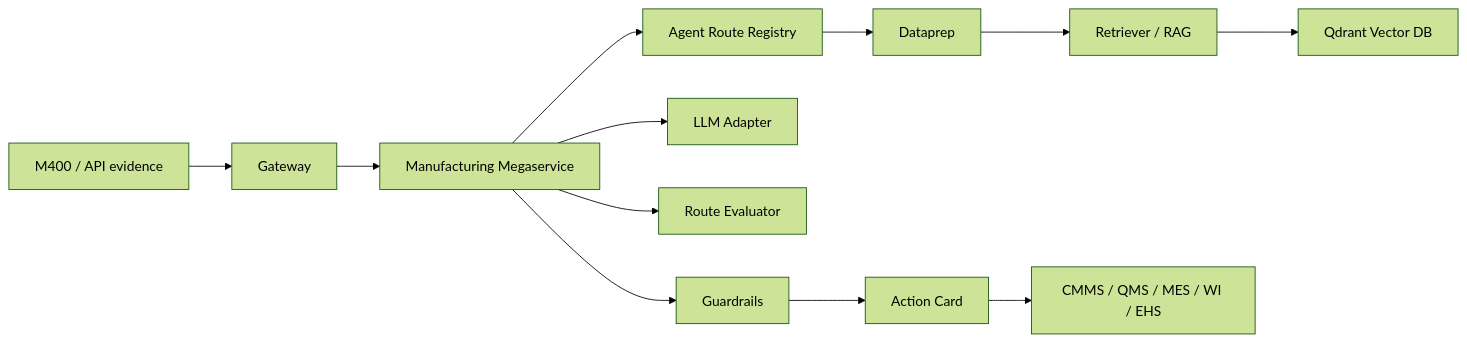
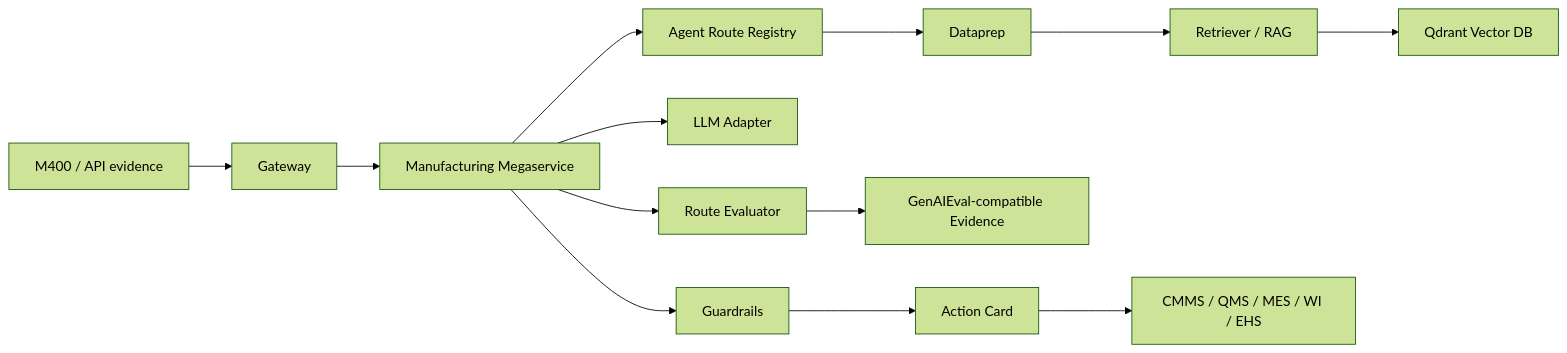
The diagram in docs/opea-component-evidence.md (davidmillerak2026-sys/wearedge-opea-manufacturing), drawn with Mermaid (forest theme) before and after one commit. The commit also changed other lines of this file and 23 other files, not shown here.

Commit message:
Add GenAIEval-compatible evaluation pack

````diff
--- a/docs/opea-component-evidence.md
+++ b/docs/opea-component-evidence.md
@@ -24,14 +25,15 @@
 ```mermaid
 flowchart LR
     M400["M400 / API evidence"] --> GW["Gateway"]
     GW --> MEGA["Manufacturing Megaservice"]
     MEGA --> ROUTE["Agent Route Registry"]
     ROUTE --> DATA["Dataprep"]
     DATA --> RET["Retriever / RAG"]
     RET --> VDB["Qdrant Vector DB"]
     MEGA --> LLM["LLM Adapter"]
     MEGA --> EVAL["Route Evaluator"]
+    EVAL --> GENAI["GenAIEval-compatible Evidence"]
     MEGA --> GUARD["Guardrails"]
     GUARD --> ACTION["Action Card"]
     ACTION --> SYS["CMMS / QMS / MES / WI / EHS"]
 ```
````
